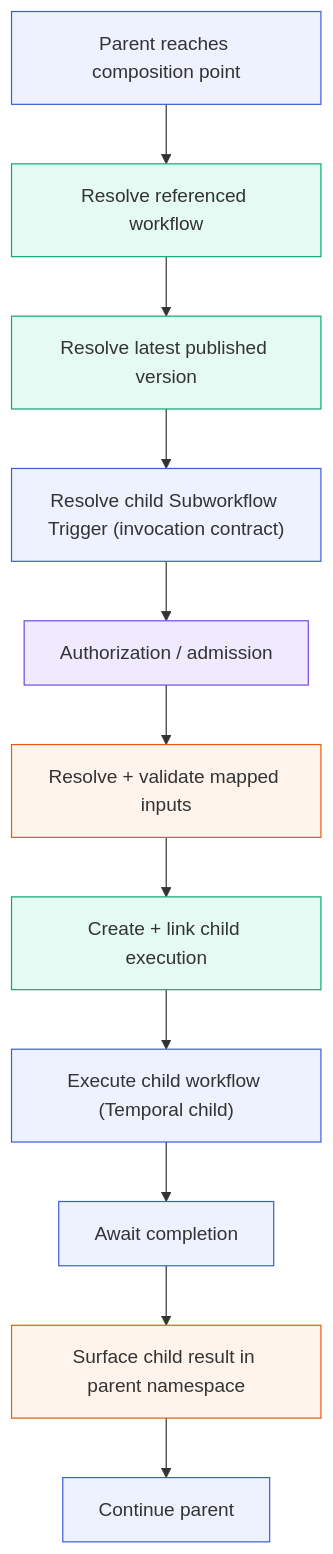
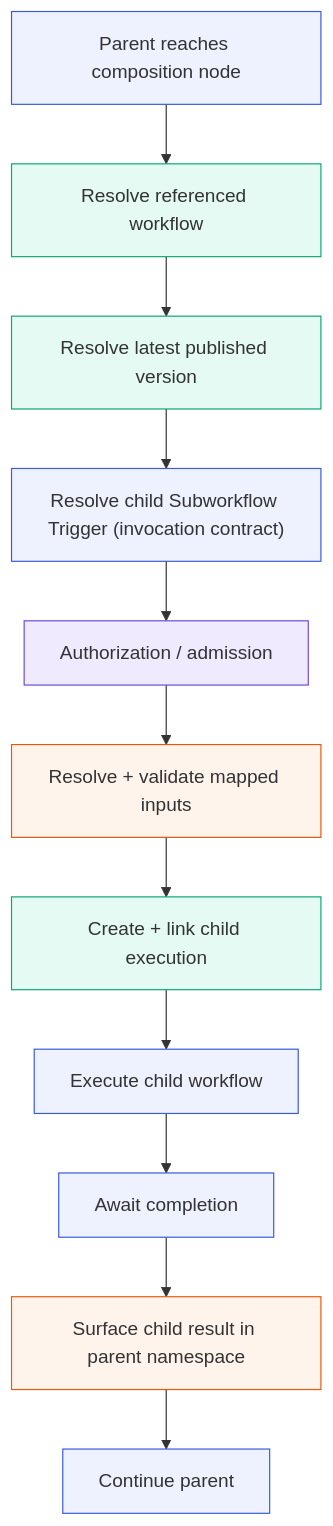
The third of 5 diagrams in backend/docs/workflow-engine/sub-workflow-node.md (rohitthakur2590/syntara), drawn with Mermaid before and after one commit. The commit also changed other lines of this file, not shown here.

````diff
--- a/backend/docs/workflow-engine/sub-workflow-node.md
+++ b/backend/docs/workflow-engine/sub-workflow-node.md
@@ -250,19 +82,19 @@
 ```mermaid
 graph TB
-    S1["Parent reaches composition point"]:::wf
+    S1["Parent reaches composition node"]:::wf
     S2["Resolve referenced workflow"]:::db
     S3["Resolve latest published version"]:::db
     S4["Resolve child Subworkflow Trigger (invocation contract)"]:::wf
     S5["Authorization / admission"]:::authz
     S6["Resolve + validate mapped inputs"]:::svc
     S7["Create + link child execution"]:::db
-    S8["Execute child workflow (Temporal child)"]:::wf
+    S8["Execute child workflow"]:::wf
     S9["Await completion"]:::wf
     S10["Surface child result in parent namespace"]:::svc
     S11["Continue parent"]:::wf
     S1-->S2-->S3-->S4-->S5-->S6-->S7-->S8-->S9-->S10-->S11
     classDef wf fill:#eef1fe,stroke:#3b5bdb;
     classDef db fill:#e4faf3,stroke:#0ca678;
     classDef svc fill:#fff4ec,stroke:#e8590c;
     classDef authz fill:#efeafe,stroke:#6f4bd8;
 ```
````
